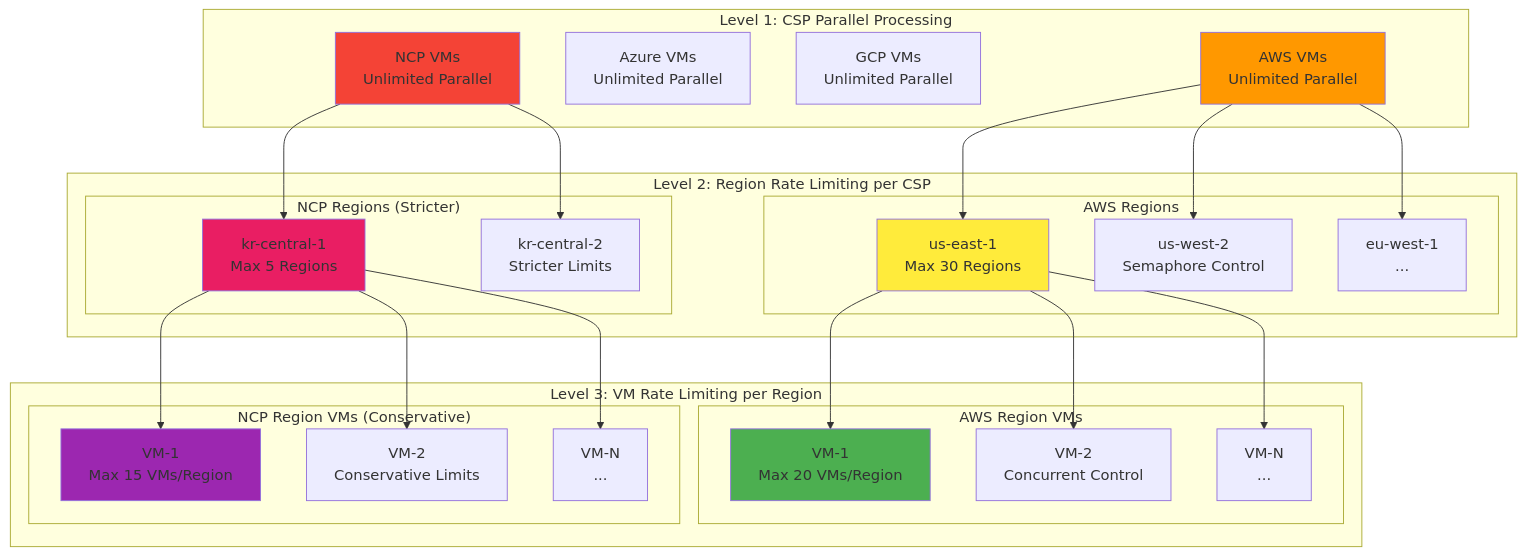
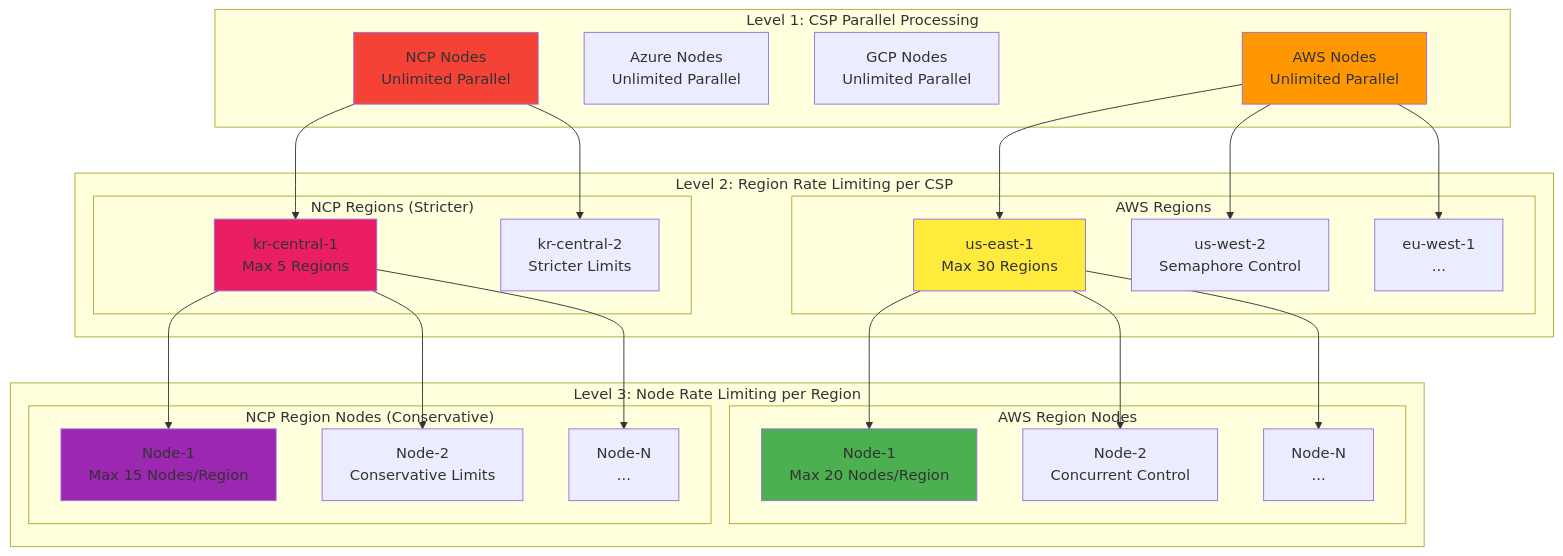
The second of 9 diagrams in docs/feature_guide/high-scale-provisioning-architecture.md (cloud-barista/cb-tumblebug), drawn with Mermaid before and after one commit. The commit also changed other lines of this file and 81 other files, not shown here.

````diff
--- a/docs/feature_guide/high-scale-provisioning-architecture.md
+++ b/docs/feature_guide/high-scale-provisioning-architecture.md
@@ -71,58 +71,58 @@
 ```mermaid
 graph TD
     subgraph "Level 1: CSP Parallel Processing"
-        CSP_AWS[AWS VMs<br/>Unlimited Parallel]
-        CSP_AZURE[Azure VMs<br/>Unlimited Parallel]
-        CSP_GCP[GCP VMs<br/>Unlimited Parallel]
-        CSP_NCP[NCP VMs<br/>Unlimited Parallel]
+        CSP_AWS[AWS Nodes<br/>Unlimited Parallel]
+        CSP_AZURE[Azure Nodes<br/>Unlimited Parallel]
+        CSP_GCP[GCP Nodes<br/>Unlimited Parallel]
+        CSP_NCP[NCP Nodes<br/>Unlimited Parallel]
     end
     
     subgraph "Level 2: Region Rate Limiting per CSP"
         subgraph "AWS Regions"
             AWS_R1[us-east-1<br/>Max 30 Regions]
             AWS_R2[us-west-2<br/>Semaphore Control]
             AWS_R3[eu-west-1<br/>...]
         end
         
         subgraph "NCP Regions (Stricter)"
             NCP_R1[kr-central-1<br/>Max 5 Regions]
             NCP_R2[kr-central-2<br/>Stricter Limits]
         end
     end
     
-    subgraph "Level 3: VM Rate Limiting per Region"
-        subgraph "AWS Region VMs"
-            AWS_VM1[VM-1<br/>Max 20 VMs/Region]
-            AWS_VM2[VM-2<br/>Concurrent Control]
-            AWS_VM3[VM-N<br/>...]
+    subgraph "Level 3: Node Rate Limiting per Region"
+        subgraph "AWS Region Nodes"
+            AWS_VM1[Node-1<br/>Max 20 Nodes/Region]
+            AWS_VM2[Node-2<br/>Concurrent Control]
+            AWS_VM3[Node-N<br/>...]
         end
         
-        subgraph "NCP Region VMs (Conservative)"
-            NCP_VM1[VM-1<br/>Max 15 VMs/Region]
-            NCP_VM2[VM-2<br/>Conservative Limits]
-            NCP_VM3[VM-N<br/>...]
+        subgraph "NCP Region Nodes (Conservative)"
+            NCP_VM1[Node-1<br/>Max 15 Nodes/Region]
+            NCP_VM2[Node-2<br/>Conservative Limits]
+            NCP_VM3[Node-N<br/>...]
         end
     end
     
     CSP_AWS --> AWS_R1
     CSP_AWS --> AWS_R2
     CSP_AWS --> AWS_R3
     
     CSP_NCP --> NCP_R1
     CSP_NCP --> NCP_R2
     
     AWS_R1 --> AWS_VM1
     AWS_R1 --> AWS_VM2
     AWS_R1 --> AWS_VM3
     
     NCP_R1 --> NCP_VM1
     NCP_R1 --> NCP_VM2
     NCP_R1 --> NCP_VM3
     
     style CSP_AWS fill:#ff9800
     style CSP_NCP fill:#f44336
     style AWS_R1 fill:#ffeb3b
     style NCP_R1 fill:#e91e63
     style AWS_VM1 fill:#4caf50
     style NCP_VM1 fill:#9c27b0
 ```
````
